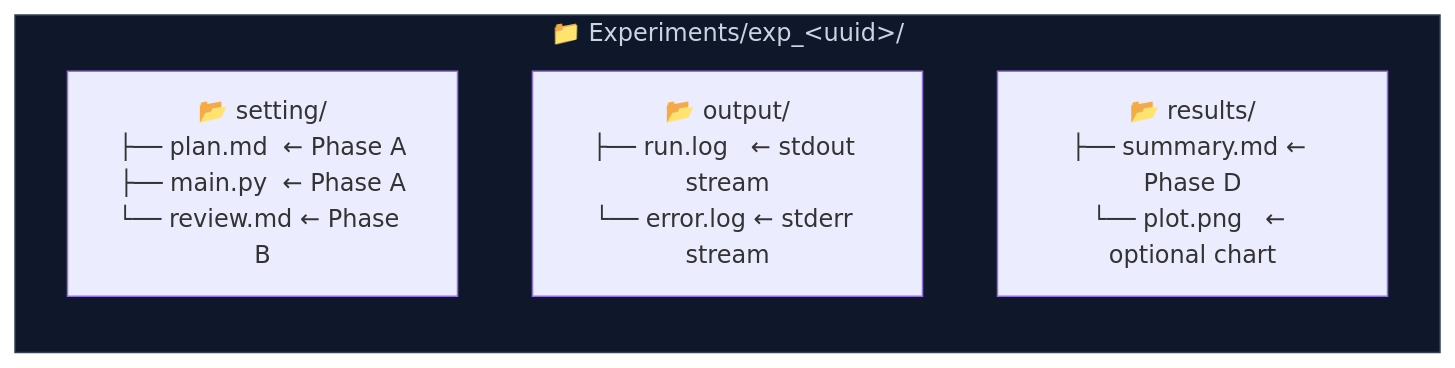
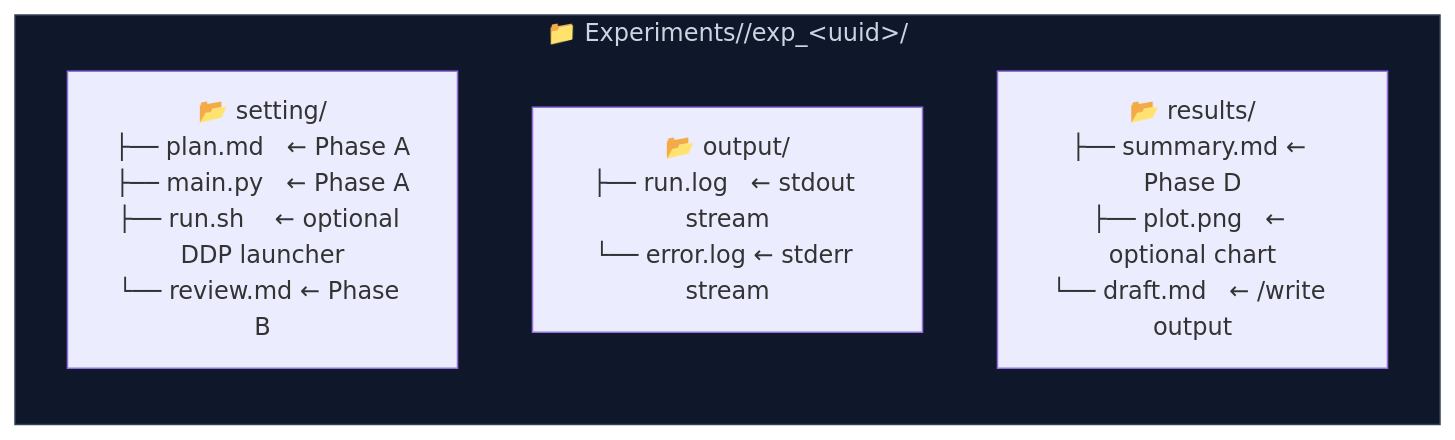
The second of 2 diagrams in README.md (turturturturtur/AutoMyFeishu), drawn with Mermaid before and after one commit. The commit also changed other lines of this file and 5 other files, not shown here.

````diff
--- a/README.md
+++ b/README.md
@@ -92,10 +163,10 @@
 ```mermaid
 graph LR
-    subgraph exp ["📁 Experiments/exp_&lt;uuid&gt;/"]
+    subgraph exp ["📁 Experiments/<open_id>/exp_&lt;uuid&gt;/"]
         direction TB
-        S1["📂 setting/\n├── plan.md  ← Phase A\n├── main.py  ← Phase A\n└── review.md ← Phase B"]
+        S1["📂 setting/\n├── plan.md   ← Phase A\n├── main.py   ← Phase A\n├── run.sh    ← optional DDP launcher\n└── review.md ← Phase B"]
         S2["📂 output/\n├── run.log   ← stdout stream\n└── error.log ← stderr stream"]
-        S3["📂 results/\n├── summary.md ← Phase D\n└── plot.png   ← optional chart"]
+        S3["📂 results/\n├── summary.md ← Phase D\n├── plot.png   ← optional chart\n└── draft.md   ← /write output"]
     end
     style exp fill:#0f172a,stroke:#334155,color:#cbd5e1
 ```
````
